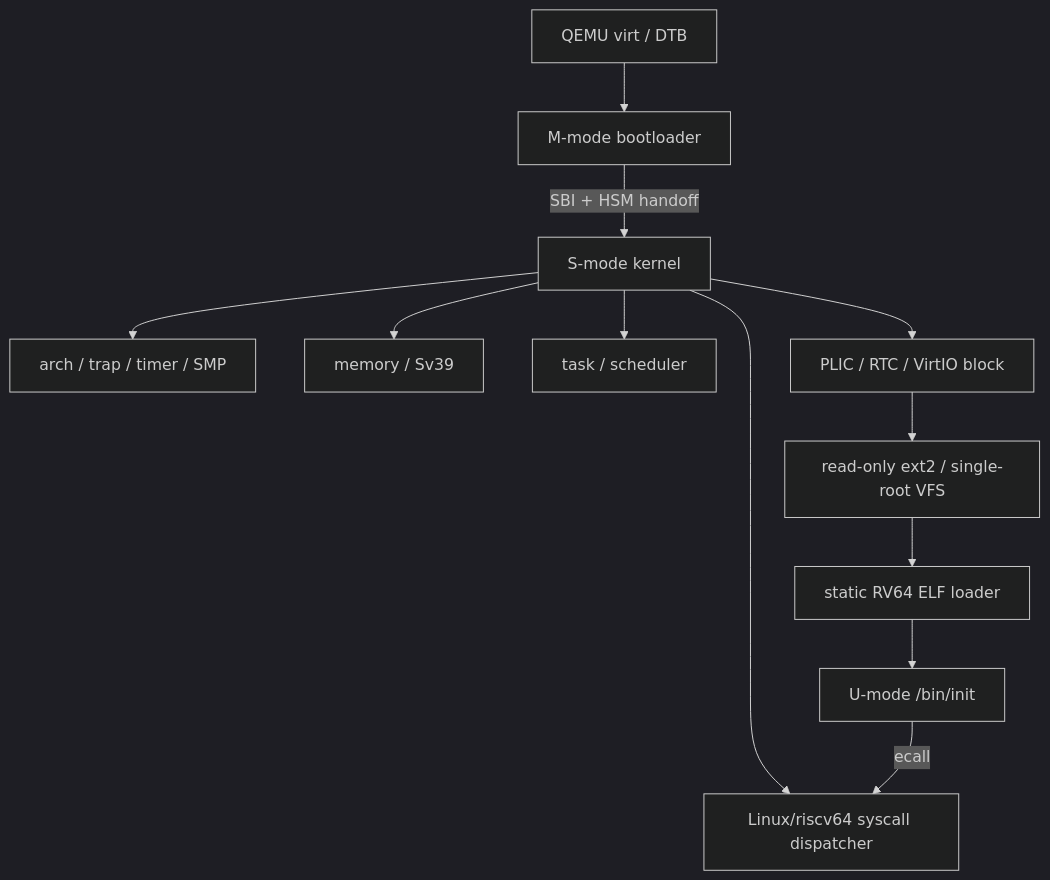
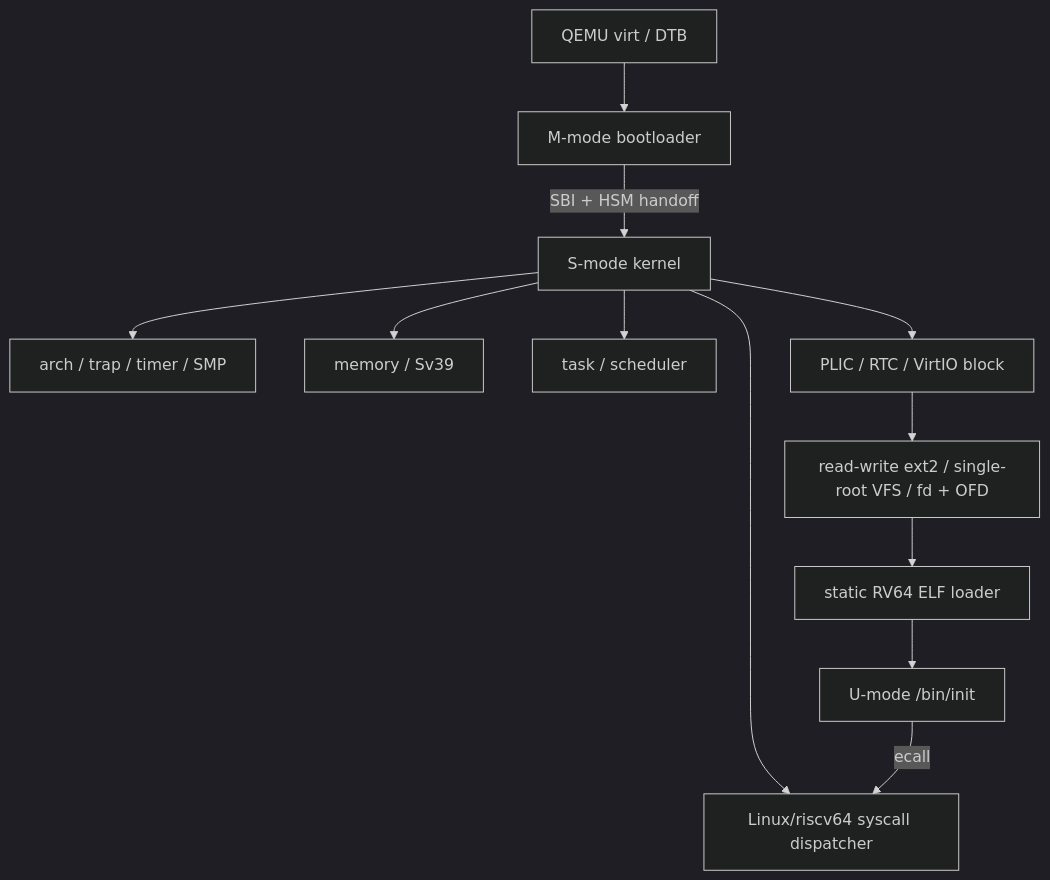
One commit to gitwillsky/lite_os changed the diagram in docs/architecture.md. Above: the diagram before and after it, drawn with Mermaid (dark theme). The commit also changed other lines of this file and 21 other files, not shown here.

Commit message:
feat: add read-write ext2 and fd model

````diff
--- a/docs/architecture.md
+++ b/docs/architecture.md
@@ -20,14 +20,14 @@
 ```mermaid
 flowchart TD
     Q["QEMU virt / DTB"] --> B["M-mode bootloader"]
     B -->|"SBI + HSM handoff"| K["S-mode kernel"]
     K --> A["arch / trap / timer / SMP"]
     K --> M["memory / Sv39"]
     K --> T["task / scheduler"]
     K --> D["PLIC / RTC / VirtIO block"]
-    D --> F["read-only ext2 / single-root VFS"]
+    D --> F["read-write ext2 / single-root VFS / fd + OFD"]
     K --> S["Linux/riscv64 syscall dispatcher"]
     F --> E["static RV64 ELF loader"]
     E --> U["U-mode /bin/init"]
     U -->|"ecall"| S
 ```
````
